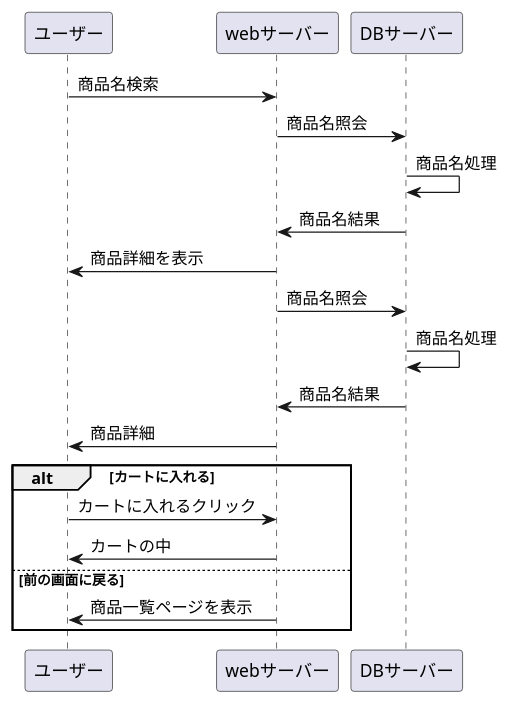
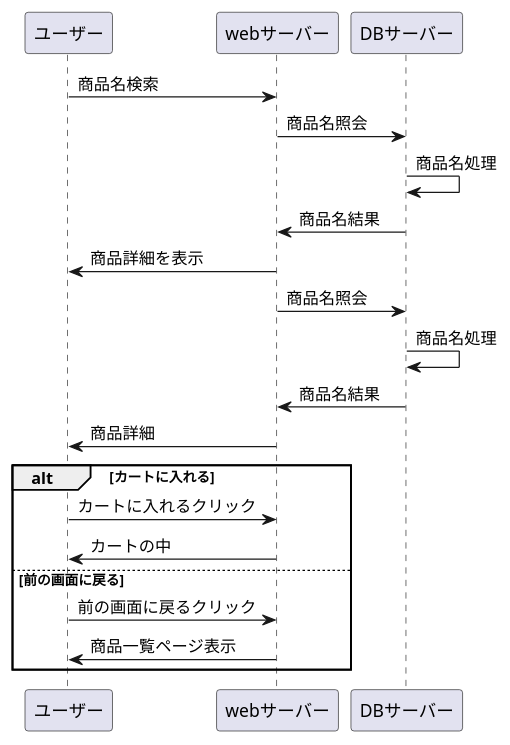
The diagram in syouhinnitirann.md (Aso2001403/2021sys-design), drawn with PlantUML before and after one commit.

````diff
--- a/syouhinnitirann.md
+++ b/syouhinnitirann.md
@@ -1,22 +1,23 @@
 ```uml
 @startuml
 
 
 ユーザー -> webサーバー : 商品名検索
 webサーバー -> DBサーバー : 商品名照会
 DBサーバー -> DBサーバー : 商品名処理
 DBサーバー -> webサーバー : 商品名結果
 webサーバー -> ユーザー : 商品詳細を表示
 webサーバー -> DBサーバー : 商品名照会
 DBサーバー -> DBサーバー : 商品名処理
 DBサーバー -> webサーバー : 商品名結果
 
 webサーバー ->  ユーザー: 商品詳細
 alt カートに入れる
- ユーザー  -> webサーバー :カートに入れるクリック
- webサーバー  -> ユーザー:カートの中
+ ユーザー -> webサーバー :カートに入れるクリック
+ webサーバー -> ユーザー:カートの中
  else 前の画面に戻る
- webサーバー -> ユーザー : 商品一覧ページを表示
+ ユーザー -> webサーバー :前の画面に戻るクリック
+ webサーバー -> ユーザー:商品一覧ページ表示
  end
 @enduml
 ```
````
